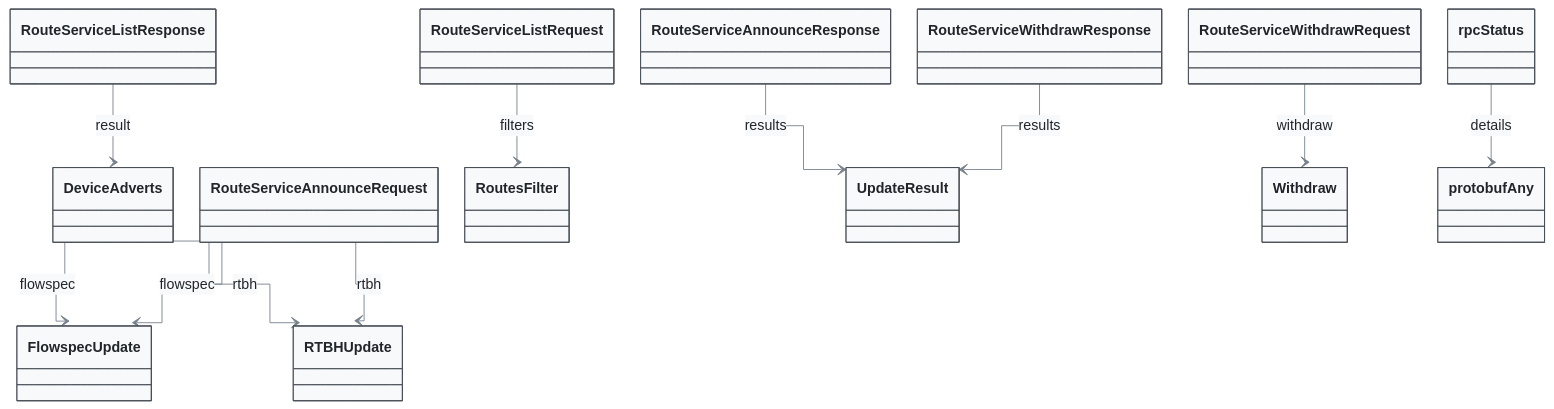
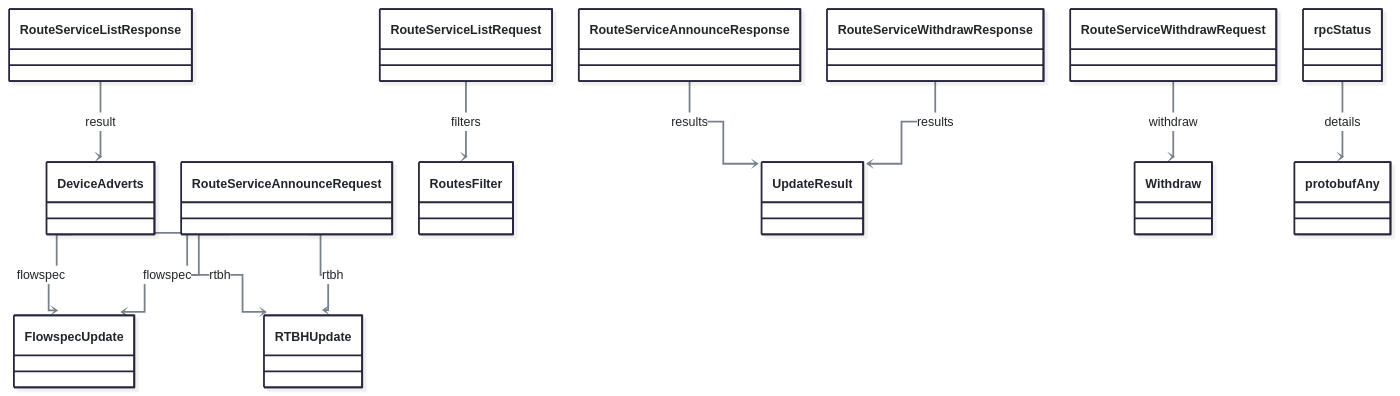
One commit to alexdearaujo/community_sdk_python changed the seventh of 7 diagrams in docs/sphinx/services/ktbgp.md. Above: the diagram before and after it, drawn with Mermaid. The commit also changed other lines of this file and 52 other files, not shown here.

First line of the commit message:
docs: Mermaid 12 sequence diagrams with participant types and path colors

````diff
--- a/docs/sphinx/services/ktbgp.md
+++ b/docs/sphinx/services/ktbgp.md
@@ -261,28 +276,28 @@
 ```mermaid
-%%{init: {"theme": "base", "fontFamily": "ui-monospace, SFMono-Regular, Menlo, monospace", "themeVariables": {"fontFamily": "ui-monospace, SFMono-Regular, Menlo, monospace", "primaryColor": "#f8f9fa", "primaryBorderColor": "#495057", "primaryTextColor": "#212529", "textColor": "#212529", "lineColor": "#77818c", "edgeLabelBackground": "#ffffff", "actorBkg": "#f8f9fa", "actorBorder": "#495057", "actorTextColor": "#212529", "actorLineColor": "#a9b3be", "signalColor": "#57616d", "signalTextColor": "#212529", "labelBoxBkgColor": "#f8f9fa", "labelBoxBorderColor": "#495057", "labelTextColor": "#212529", "loopTextColor": "#57616d", "noteBkgColor": "#fff9db", "noteBorderColor": "#f08c00", "noteTextColor": "#a35a00"}, "flowchart": {"curve": "step", "nodeSpacing": 30, "rankSpacing": 70, "wrappingWidth": 400}}}%%
+%%{init: {"theme": "redux", "look": "neo", "layout": "dagre", "fontFamily": "ui-monospace, SFMono-Regular, Menlo, monospace", "themeVariables": {"fontFamily": "ui-monospace, SFMono-Regular, Menlo, monospace", "primaryColor": "#f8f9fa", "primaryBorderColor": "#495057", "primaryTextColor": "#212529", "textColor": "#212529", "lineColor": "#77818c", "edgeLabelBackground": "#ffffff", "actorBkg": "#f8f9fa", "actorBorder": "#495057", "actorTextColor": "#212529", "actorLineColor": "#a9b3be", "signalColor": "#57616d", "signalTextColor": "#212529", "labelBoxBkgColor": "#f8f9fa", "labelBoxBorderColor": "#495057", "labelTextColor": "#212529", "loopTextColor": "#57616d", "noteBkgColor": "#fff9db", "noteBorderColor": "#f08c00", "noteTextColor": "#a35a00"}, "sequence": {"activationWidth": 16}, "flowchart": {"curve": "step", "nodeSpacing": 30, "rankSpacing": 70, "wrappingWidth": 400}}}%%
 classDiagram
     class DeviceAdverts
     class FlowspecUpdate
     class RTBHUpdate
     class RouteServiceAnnounceRequest
     class RouteServiceAnnounceResponse
     class RouteServiceListRequest
     class RouteServiceListResponse
     class RouteServiceWithdrawRequest
     class RouteServiceWithdrawResponse
     class RoutesFilter
     class UpdateResult
     class Withdraw
     class protobufAny
     class rpcStatus
     DeviceAdverts --> FlowspecUpdate : flowspec
     DeviceAdverts --> RTBHUpdate : rtbh
     RouteServiceAnnounceRequest --> FlowspecUpdate : flowspec
     RouteServiceAnnounceRequest --> RTBHUpdate : rtbh
     RouteServiceAnnounceResponse --> UpdateResult : results
     RouteServiceListRequest --> RoutesFilter : filters
     RouteServiceListResponse --> DeviceAdverts : result
     RouteServiceWithdrawRequest --> Withdraw : withdraw
     RouteServiceWithdrawResponse --> UpdateResult : results
     rpcStatus --> protobufAny : details
 ```
````
